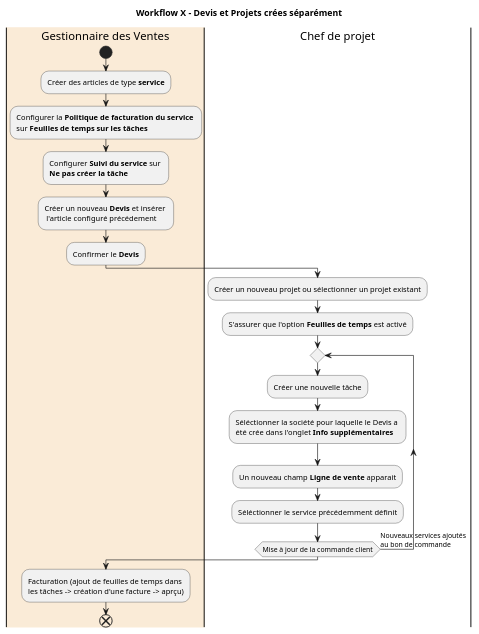
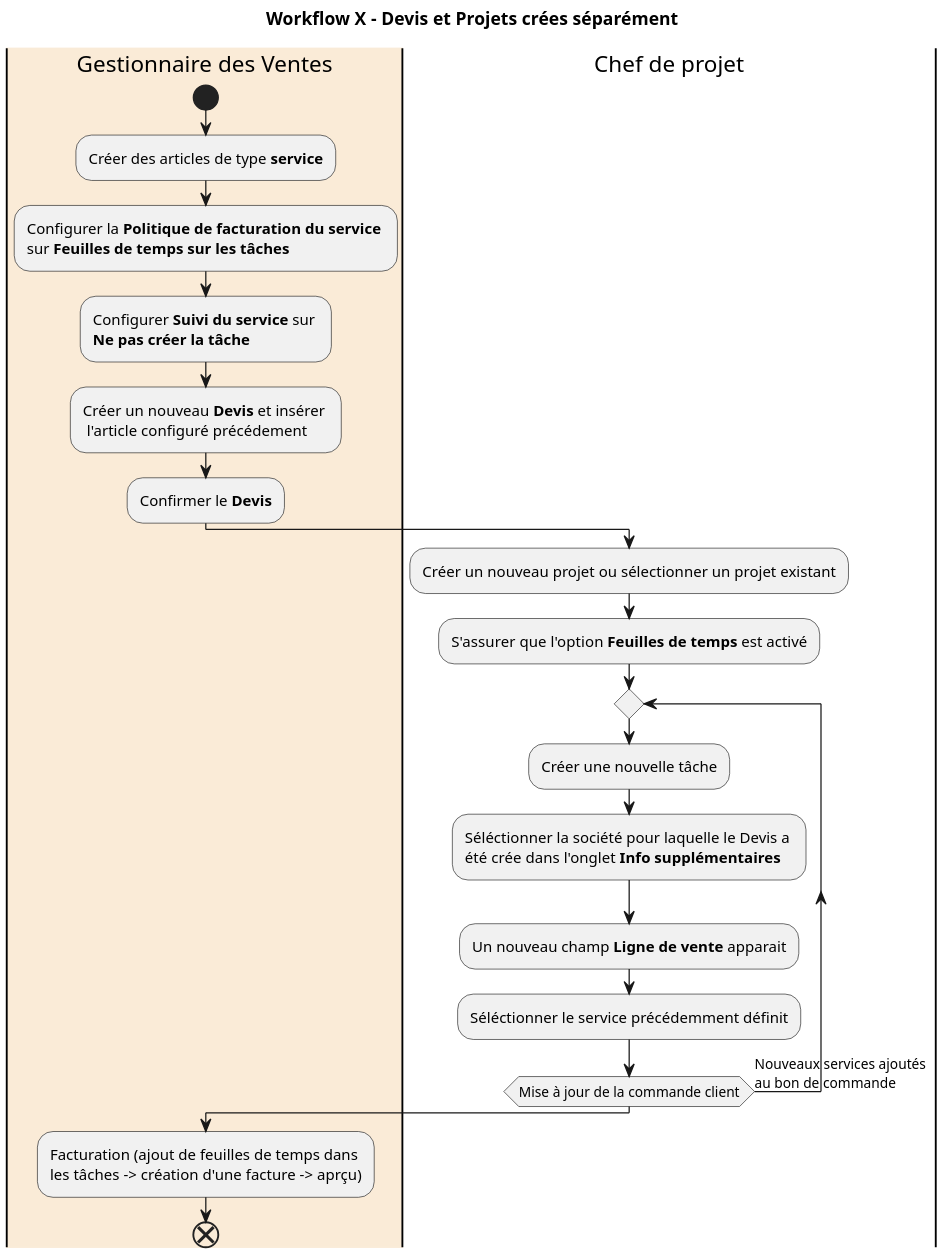
One commit to transformatek/odoo-usecases changed the diagram in source/diagrams/src/activity-projets-devis-projets-crees-separement.wsd. Above: the diagram before and after it, drawn with PlantUML. The commit also changed 16 other files, not shown here.

```diff
--- a/source/diagrams/src/activity-projets-devis-projets-crees-separement.wsd
+++ b/source/diagrams/src/activity-projets-devis-projets-crees-separement.wsd
@@ -2,35 +2,35 @@
 @startuml activity-projets-devis-projets-crees-separement
 title Workflow X - Devis et Projets crées séparément 
-scale 100 width
-scale 1000 height
+scale 200 width
+scale 2000 height
 
 
 |#AntiqueWhite|Gestionnaire des Ventes|
 start    
     :Créer des articles de type **service**;
     :Configurer la **Politique de facturation du service** \nsur **Feuilles de temps sur les tâches**;
     :Configurer **Suivi du service** sur \n**Ne pas créer la tâche**;
     :Créer un nouveau **Devis** et insérer \n l'article configuré précédement;
     :Confirmer le **Devis**;
 
 |Chef de projet|
     :Créer un nouveau projet ou sélectionner un projet existant;
     :S'assurer que l'option **Feuilles de temps** est activé;
 
 repeat
 
 
     |Chef de projet|
         :Créer une nouvelle tâche;
         :Séléctionner la société pour laquelle le Devis a \nété crée dans l'onglet **Info supplémentaires**;
         :Un nouveau champ **Ligne de vente** apparait;
         :Séléctionner le service précédemment définit;
 
 repeat while (Mise à jour de la commande client) is (Nouveaux services ajoutés \nau bon de commande)
 
 |#AntiqueWhite|Gestionnaire des Ventes|
     :Facturation (ajout de feuilles de temps dans \nles tâches -> création d'une facture -> aprçu);
 
 end
 
 @enduml
```
